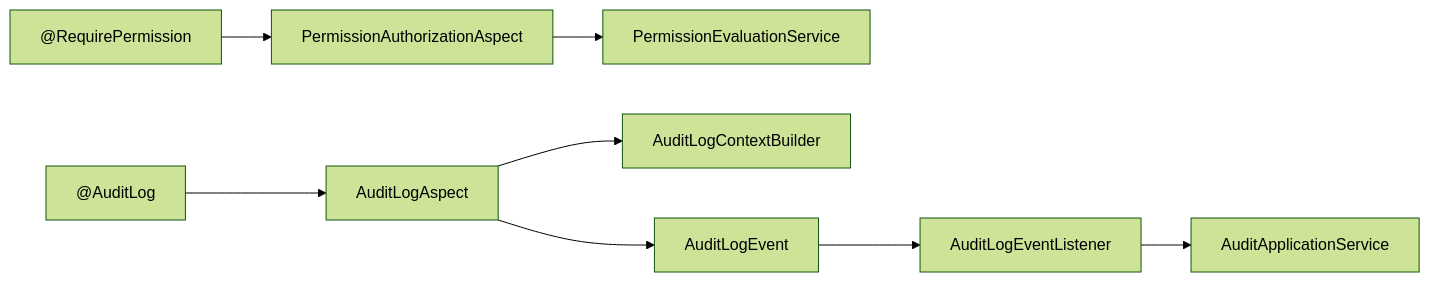
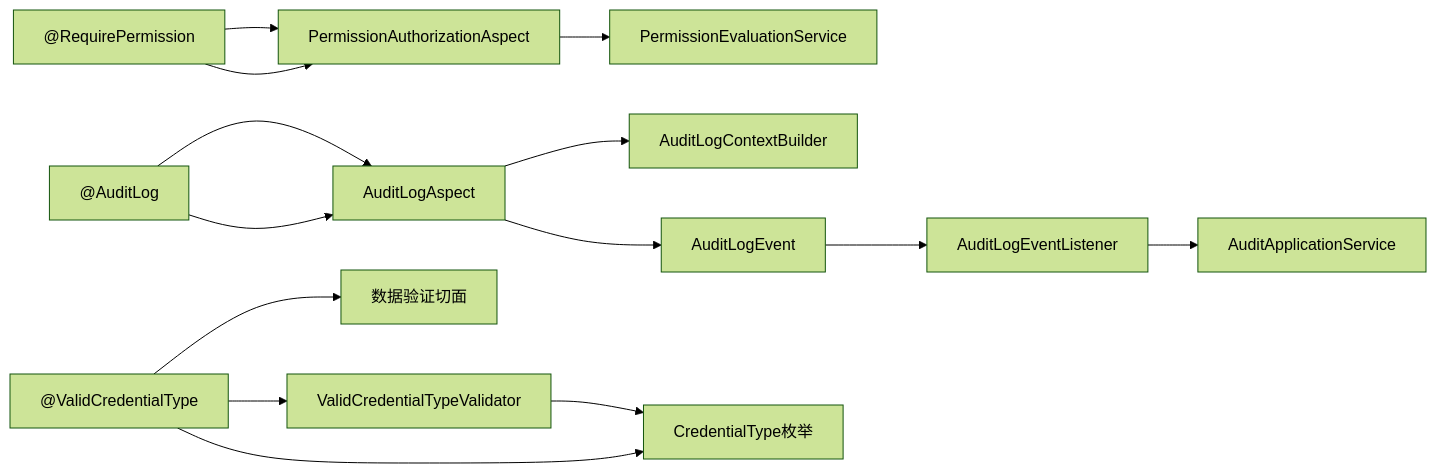
The seventh of 7 diagrams in .qoder/repowiki/zh/content/项目概述/项目结构/通用模块 (iam-common)/安全注解.md (fq0121104930716/iam-platform), drawn with Mermaid (forest theme) before and after one commit. The commit also changed other lines of this file and 13 other files, not shown here.

````diff
--- a/.qoder/repowiki/zh/content/项目概述/项目结构/通用模块 (iam-common)/安全注解.md
+++ b/.qoder/repowiki/zh/content/项目概述/项目结构/通用模块 (iam-common)/安全注解.md
@@ -326,10 +417,16 @@
 ```mermaid
 graph LR
 ReqPerm["@RequirePermission"] --> PermAspect["PermissionAuthorizationAspect"]
 PermAspect --> PermSvc["PermissionEvaluationService"]
 Aud["@AuditLog"] --> AudAspect["AuditLogAspect"]
 AudAspect --> CtxBuilder["AuditLogContextBuilder"]
 AudAspect --> AudEvent["AuditLogEvent"]
 AudEvent --> AudListener["AuditLogEventListener"]
 AudListener --> AudAppSvc["AuditApplicationService"]
+Valid["@ValidCredentialType"] --> ValidAspect["数据验证切面"]
+Valid --> ValidValidator["ValidCredentialTypeValidator"]
+ValidValidator --> Enum["CredentialType枚举"]
+ReqPerm --> PermAspect
+Aud --> AudAspect
+Valid --> Enum
 ```
````
